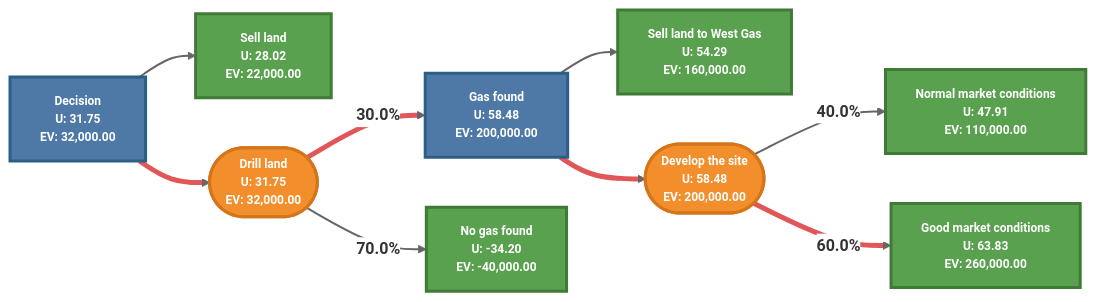
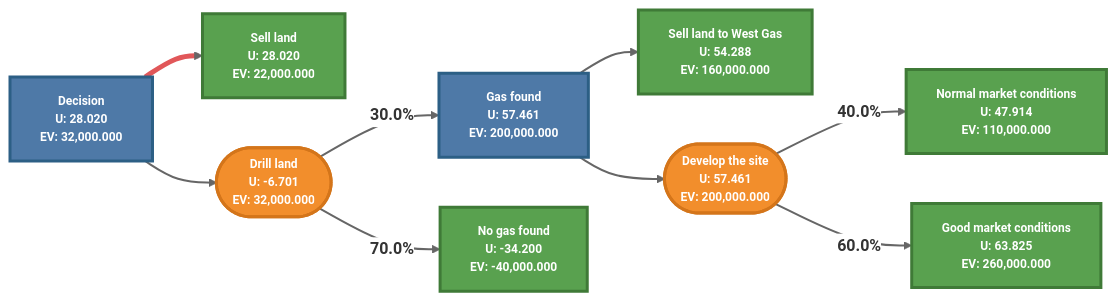
Before and after one commit to AlejandroAttento/DTrees: the diagram in images/case_with_utility_func.md, drawn with Mermaid. The commit also changed 7 other files, not shown here.

````diff
--- a/images/case_with_utility_func.md
+++ b/images/case_with_utility_func.md
@@ -2,38 +2,35 @@
 ```mermaid
 graph LR
     classDef decision fill:#4e79a7,stroke:#2c5f85,stroke-width:3px,color:#ffffff,font-weight:bold,font-size:12px
     classDef chance fill:#f28e2c,stroke:#d4751a,stroke-width:3px,color:#ffffff,font-weight:bold,font-size:12px
     classDef terminal fill:#59a14f,stroke:#3f7a37,stroke-width:3px,color:#ffffff,font-weight:bold,font-size:12px
-    I["<b>Decision</b><br/>U: 31.75<br/>EV: 32,000.00"]
+    I["<b>Decision</b><br/>U: 28.020<br/>EV: 32,000.000"]
     class I decision
-    S["<b>Sell land</b><br/>U: 28.02<br/>EV: 22,000.00"]
+    S["<b>Sell land</b><br/>U: 28.020<br/>EV: 22,000.000"]
     class S terminal
-    D(["<b>Drill land</b><br/>U: 31.75<br/>EV: 32,000.00"])
+    D(["<b>Drill land</b><br/>U: -6.701<br/>EV: 32,000.000"])
     class D chance
-    G["<b>Gas found</b><br/>U: 58.48<br/>EV: 200,000.00"]
+    G["<b>Gas found</b><br/>U: 57.461<br/>EV: 200,000.000"]
     class G decision
-    NG["<b>No gas found</b><br/>U: -34.20<br/>EV: -40,000.00"]
+    NG["<b>No gas found</b><br/>U: -34.200<br/>EV: -40,000.000"]
     class NG terminal
-    GS["<b>Sell land to West Gas</b><br/>U: 54.29<br/>EV: 160,000.00"]
+    GS["<b>Sell land to West Gas</b><br/>U: 54.288<br/>EV: 160,000.000"]
     class GS terminal
-    GD(["<b>Develop the site</b><br/>U: 58.48<br/>EV: 200,000.00"])
+    GD(["<b>Develop the site</b><br/>U: 57.461<br/>EV: 200,000.000"])
     class GD chance
-    NM["<b>Normal market conditions</b><br/>U: 47.91<br/>EV: 110,000.00"]
+    NM["<b>Normal market conditions</b><br/>U: 47.914<br/>EV: 110,000.000"]
     class NM terminal
-    GM["<b>Good market conditions</b><br/>U: 63.83<br/>EV: 260,000.00"]
+    GM["<b>Good market conditions</b><br/>U: 63.825<br/>EV: 260,000.000"]
     class GM terminal
     I ==> S
     I ==> D
     D ==>|<b>30.0%</b>| G
     D ==>|<b>70.0%</b>| NG
     G ==> GD
     G ==> GS
     GD ==>|<b>40.0%</b>| NM
     GD ==>|<b>60.0%</b>| GM
     linkStyle default stroke:#666,stroke-width:2px
     %%{init: {'theme':'base', 'themeVariables': {'primaryColor':'#ffffff', 'primaryTextColor':'#333333', 'primaryBorderColor':'#dddddd', 'lineColor':'#666666'}}}%%
-    linkStyle 1 stroke:#e15759,stroke-width:5px;
-    linkStyle 2 stroke:#e15759,stroke-width:5px;
-    linkStyle 4 stroke:#e15759,stroke-width:5px;
-    linkStyle 7 stroke:#e15759,stroke-width:5px;
+    linkStyle 0 stroke:#e15759,stroke-width:5px;
 ```
````
